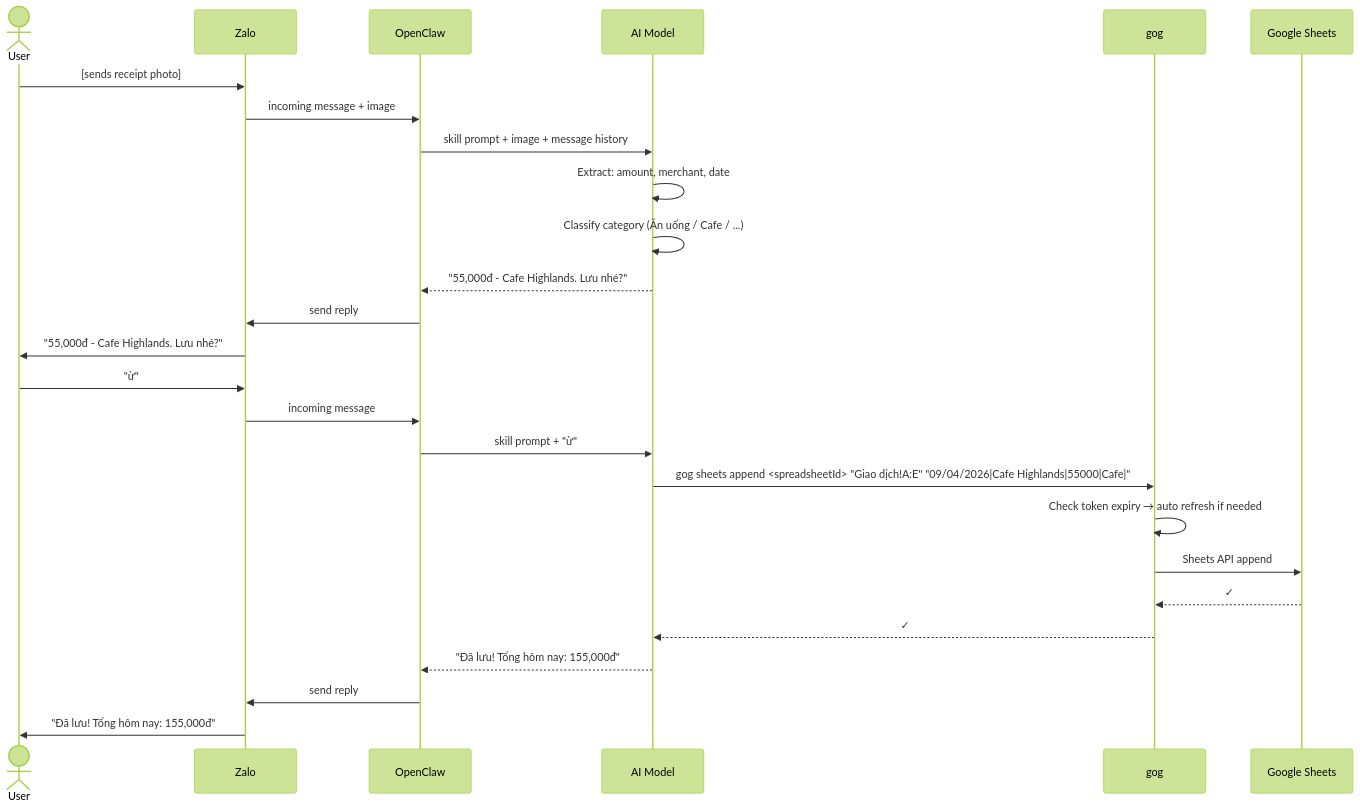
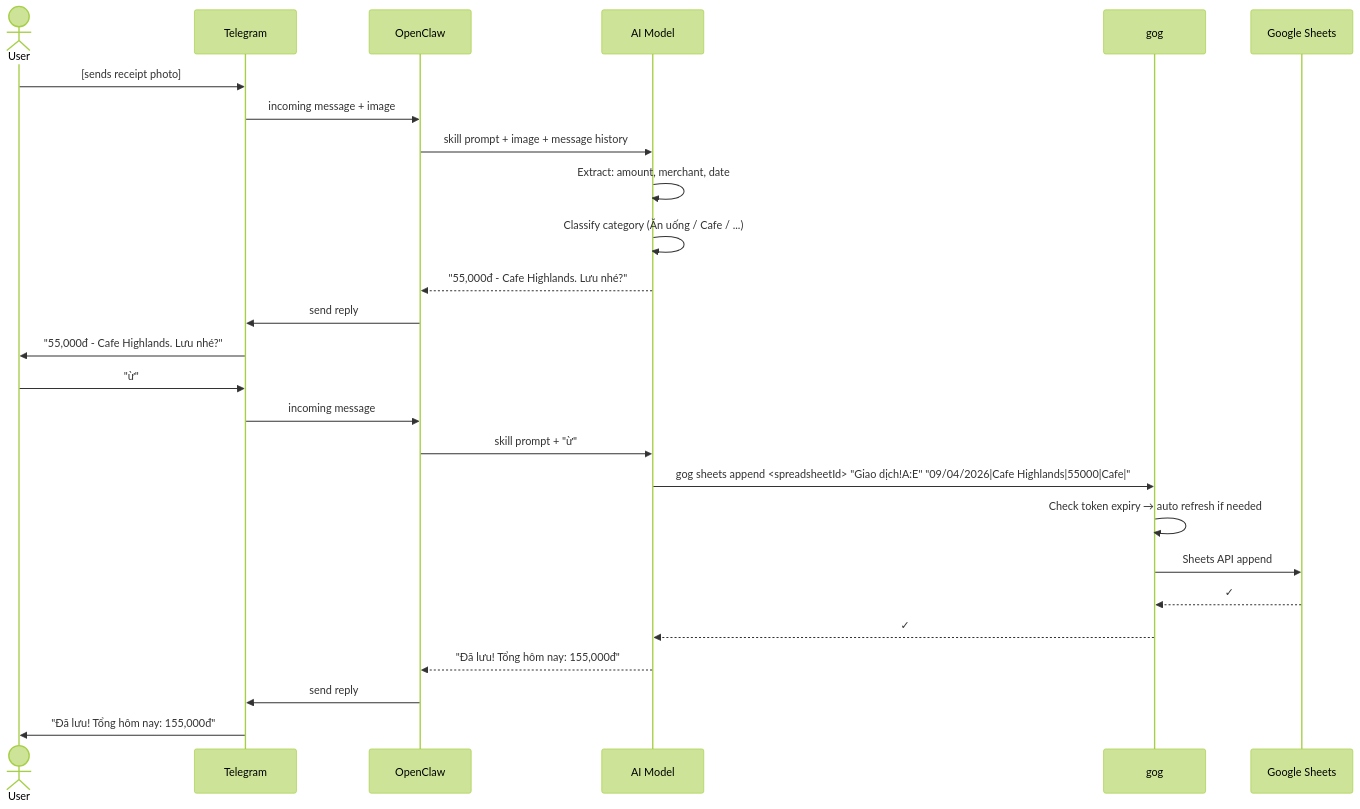
The third of 6 diagrams in ARCHITECTURE.md (Rockship-Team/clawkit), drawn with Mermaid (forest theme) before and after one commit. The commit also changed 1 other file, not shown here.

Commit message:
feat: finance-tracker uses Telegram channel instead of Zalo
- metadata: channel=telegram
- SKILL.md: note about openclaw channels add telegram
- ARCHITECTURE.md: daily usage flow updated Zalo → Telegram

````diff
--- a/ARCHITECTURE.md
+++ b/ARCHITECTURE.md
@@ -107,34 +107,34 @@
 ```mermaid
 sequenceDiagram
     actor User
-    participant Zalo
+    participant Telegram
     participant OpenClaw
     participant AI as AI Model
     participant gog
     participant Sheets as Google Sheets
 
-    User->>Zalo: [sends receipt photo]
-    Zalo->>OpenClaw: incoming message + image
+    User->>Telegram: [sends receipt photo]
+    Telegram->>OpenClaw: incoming message + image
     OpenClaw->>AI: skill prompt + image + message history
 
     AI->>AI: Extract: amount, merchant, date
     AI->>AI: Classify category (Ăn uống / Cafe / ...)
 
     AI-->>OpenClaw: "55,000đ - Cafe Highlands. Lưu nhé?"
-    OpenClaw->>Zalo: send reply
-    Zalo->>User: "55,000đ - Cafe Highlands. Lưu nhé?"
+    OpenClaw->>Telegram: send reply
+    Telegram->>User: "55,000đ - Cafe Highlands. Lưu nhé?"
 
-    User->>Zalo: "ừ"
-    Zalo->>OpenClaw: incoming message
+    User->>Telegram: "ừ"
+    Telegram->>OpenClaw: incoming message
     OpenClaw->>AI: skill prompt + "ừ"
 
     AI->>gog: gog sheets append <spreadsheetId> "Giao dịch!A:E" "09/04/2026|Cafe Highlands|55000|Cafe|"
     gog->>gog: Check token expiry → auto refresh if needed
     gog->>Sheets: Sheets API append
     Sheets-->>gog: ✓
     gog-->>AI: ✓
 
     AI-->>OpenClaw: "Đã lưu! Tổng hôm nay: 155,000đ"
-    OpenClaw->>Zalo: send reply
-    Zalo->>User: "Đã lưu! Tổng hôm nay: 155,000đ"
+    OpenClaw->>Telegram: send reply
+    Telegram->>User: "Đã lưu! Tổng hôm nay: 155,000đ"
 ```
````
